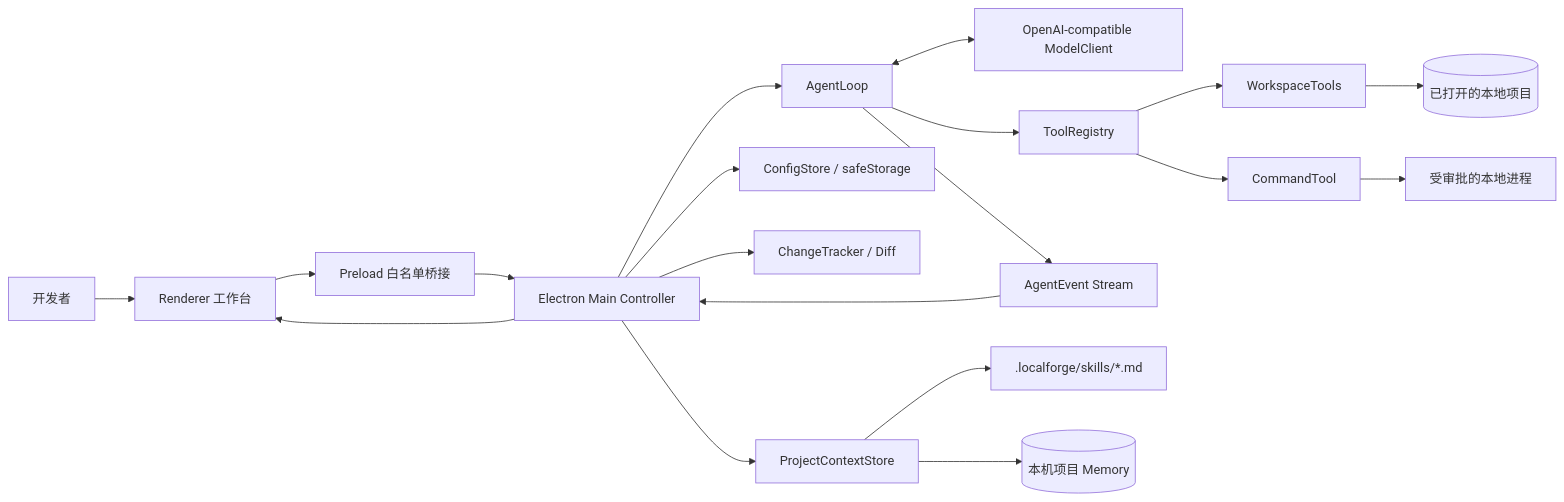
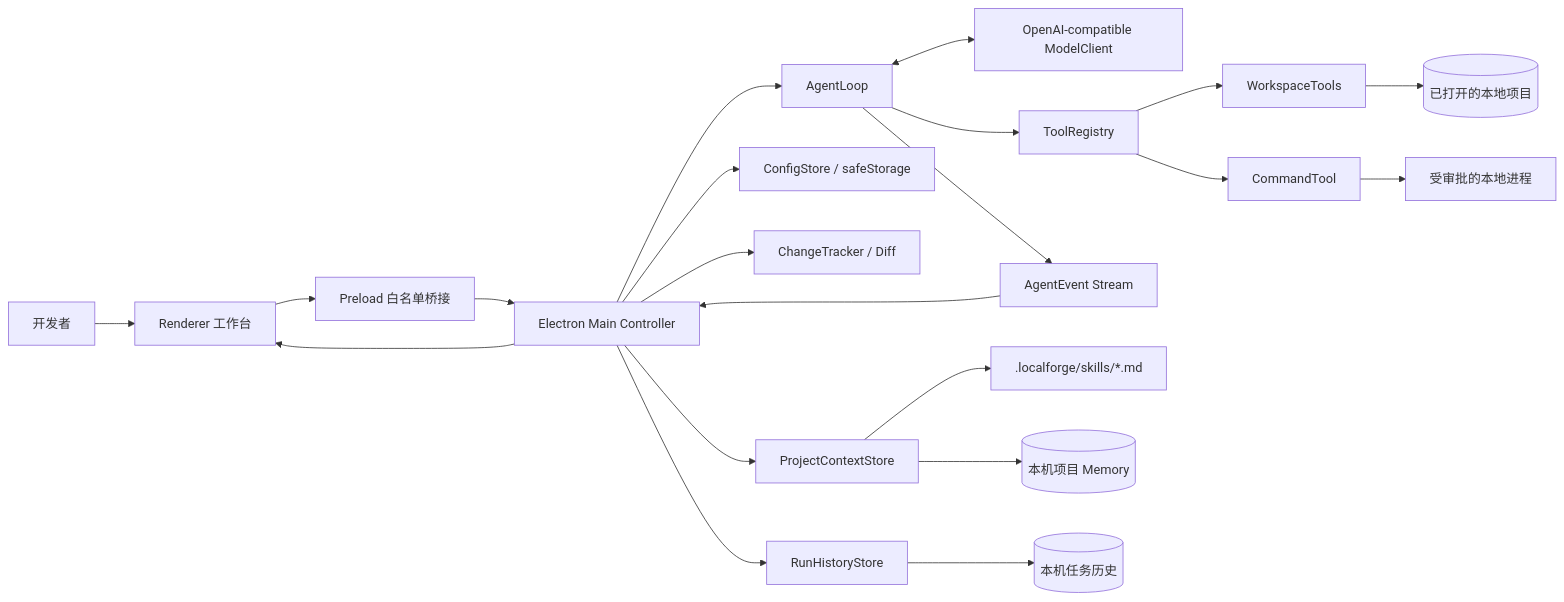
One commit to jycschool/localforge-agent changed the first of 2 diagrams in docs/03-system-design.md. Above: the diagram before and after it, drawn with Mermaid. The commit also changed other lines of this file and 10 other files, not shown here.

````diff
--- a/docs/03-system-design.md
+++ b/docs/03-system-design.md
@@ -9,21 +9,23 @@
 ```mermaid
 flowchart LR
     U[开发者] --> R[Renderer 工作台]
     R --> P[Preload 白名单桥接]
     P --> C[Electron Main Controller]
     C --> A[AgentLoop]
     A <--> M[OpenAI-compatible ModelClient]
     A --> T[ToolRegistry]
     T --> F[WorkspaceTools]
     T --> X[CommandTool]
     F --> W[(已打开的本地项目)]
     X --> O[受审批的本地进程]
     A --> E[AgentEvent Stream]
     E --> C
     C --> R
     C --> S[ConfigStore / safeStorage]
     C --> D[ChangeTracker / Diff]
     C --> K[ProjectContextStore]
+    C --> H[RunHistoryStore]
     K --> SK[.localforge/skills/*.md]
     K --> MM[(本机项目 Memory)]
+    H --> RH[(本机任务历史)]
 ```
````
